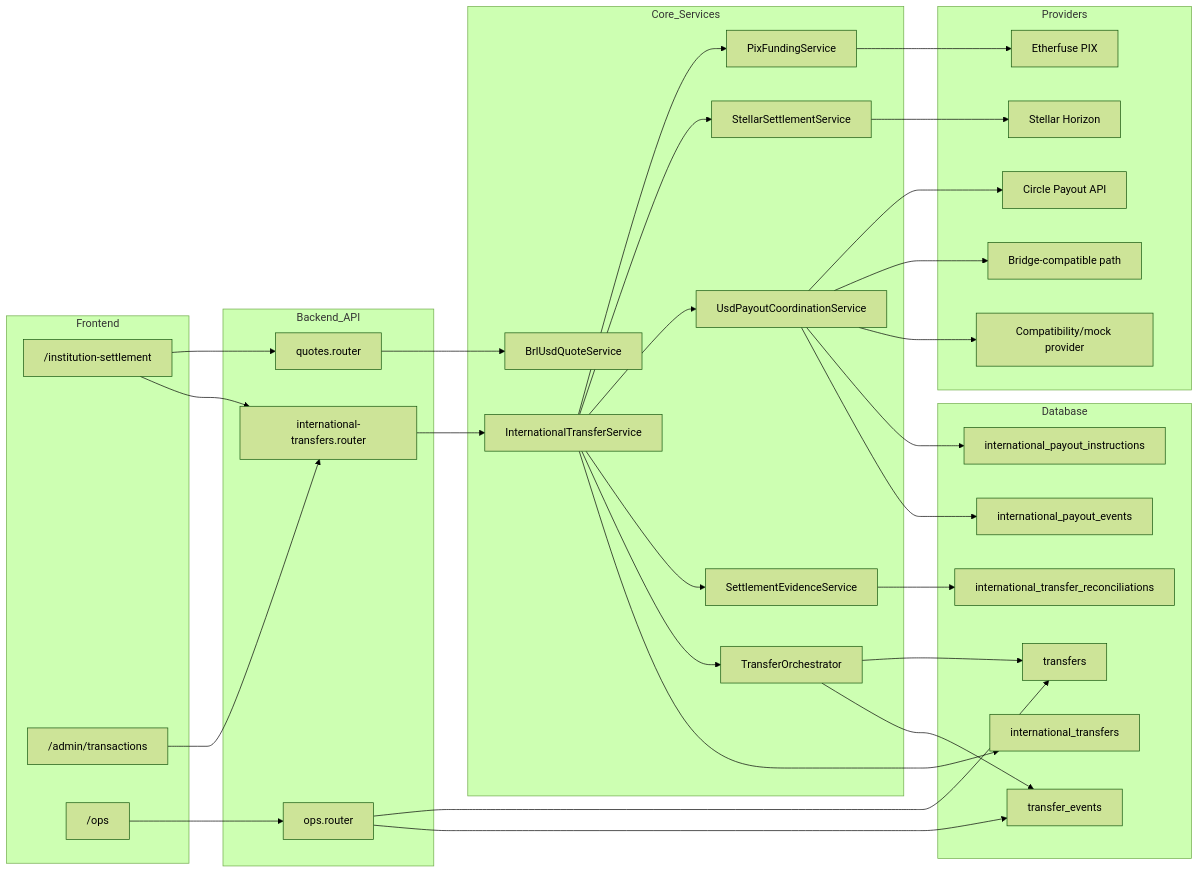
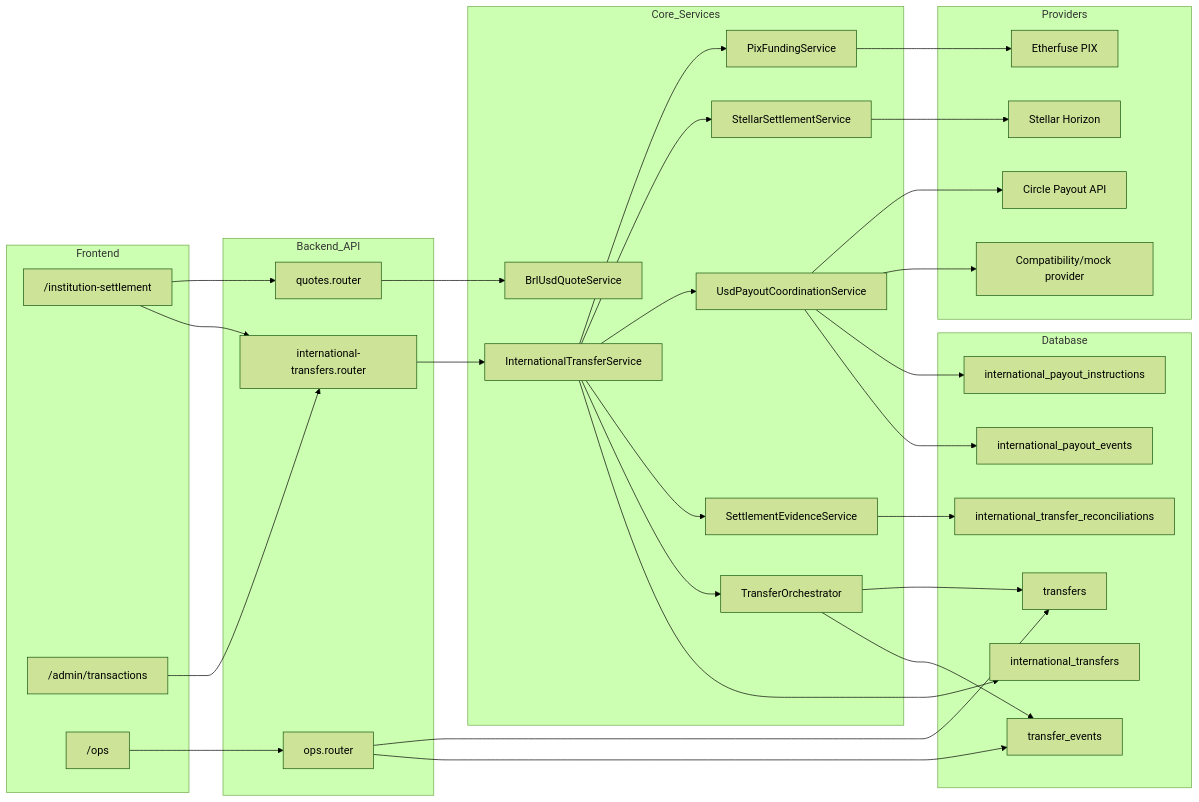
One commit to rbfcdog/talk-to-stellar changed the second of 5 diagrams in docs/insta-awards/deliverables/deliverable-3/evidence/diagramas-de-arquitetura.md. Above: the diagram before and after it, drawn with Mermaid (forest theme). The commit also changed 5 other files, not shown here.

First line of the commit message:
docs: refactor architecture diagrams — Etherfuse + Circle, drop Bridge

````diff
--- a/docs/insta-awards/deliverables/deliverable-3/evidence/diagramas-de-arquitetura.md
+++ b/docs/insta-awards/deliverables/deliverable-3/evidence/diagramas-de-arquitetura.md
@@ -40,64 +40,62 @@
 ```mermaid
 flowchart LR
     subgraph Frontend
         DemoUI["/institution-settlement"]
         AdminUI["/admin/transactions"]
         OpsUI["/ops"]
     end
 
     subgraph Backend_API
         QuoteRoutes["quotes.router"]
         TransferRoutes["international-transfers.router"]
         OpsRoutes["ops.router"]
     end
 
     subgraph Core_Services
         QuoteService["BrlUsdQuoteService"]
         TransferService["InternationalTransferService"]
         PixService["PixFundingService"]
         StellarSettlement["StellarSettlementService"]
         PayoutCoordination["UsdPayoutCoordinationService"]
         EvidenceService["SettlementEvidenceService"]
         Orchestrator["TransferOrchestrator"]
     end
 
     subgraph Providers
         Etherfuse["Etherfuse PIX"]
         Horizon["Stellar Horizon"]
         Circle["Circle Payout API"]
-        Bridge["Bridge-compatible path"]
         MockProvider["Compatibility/mock provider"]
     end
 
     subgraph Database
         InternationalTransfers["international_transfers"]
         PayoutInstructions["international_payout_instructions"]
         PayoutEvents["international_payout_events"]
         Reconciliations["international_transfer_reconciliations"]
         Transfers["transfers"]
         TransferEvents["transfer_events"]
     end
 
     DemoUI --> QuoteRoutes --> QuoteService
     DemoUI --> TransferRoutes --> TransferService
     AdminUI --> TransferRoutes
     OpsUI --> OpsRoutes
 
     TransferService --> PixService --> Etherfuse
     TransferService --> StellarSettlement --> Horizon
     TransferService --> PayoutCoordination
     PayoutCoordination --> Circle
-    PayoutCoordination --> Bridge
     PayoutCoordination --> MockProvider
     TransferService --> EvidenceService
     TransferService --> Orchestrator
 
     TransferService --> InternationalTransfers
     PayoutCoordination --> PayoutInstructions
     PayoutCoordination --> PayoutEvents
     EvidenceService --> Reconciliations
     Orchestrator --> Transfers
     Orchestrator --> TransferEvents
     OpsRoutes --> Transfers
     OpsRoutes --> TransferEvents
 ```
````
